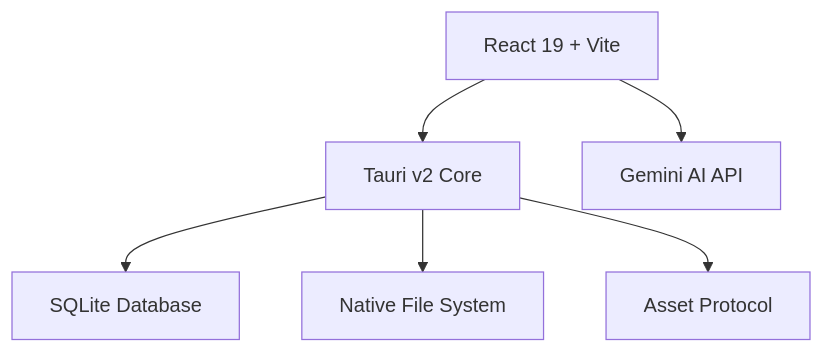
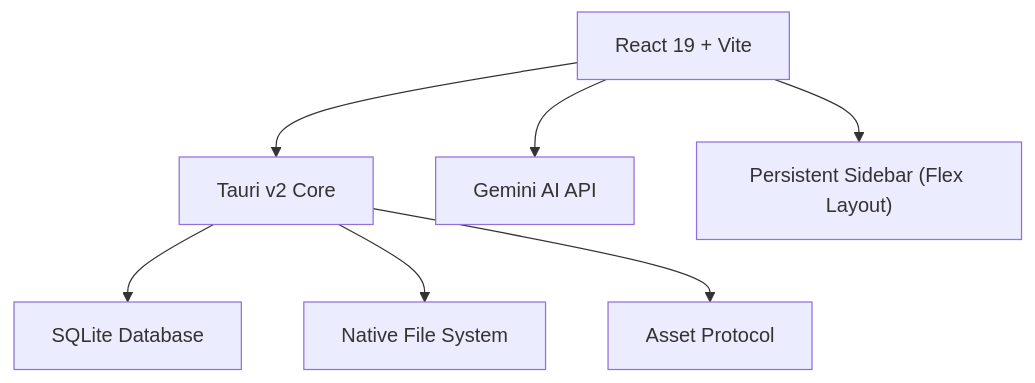
One commit to groovybronx/portf84 changed the first of 2 diagrams in docs/ARCHITECTURE.md. Above: the diagram before and after it, drawn with Mermaid. The commit also changed other lines of this file and 3 other files, not shown here.

Commit message:
docs: finalized technical documentation for persistent sidebar

````diff
--- a/docs/ARCHITECTURE.md
+++ b/docs/ARCHITECTURE.md
@@ -9,8 +9,9 @@
 ```mermaid
 graph TD
     A[React 19 + Vite] --> B[Tauri v2 Core]
     B --> C[SQLite Database]
     B --> D[Native File System]
     B --> E[Asset Protocol]
     A --> F[Gemini AI API]
+    A --> G["Persistent Sidebar (Flex Layout)"]
 ```
````
